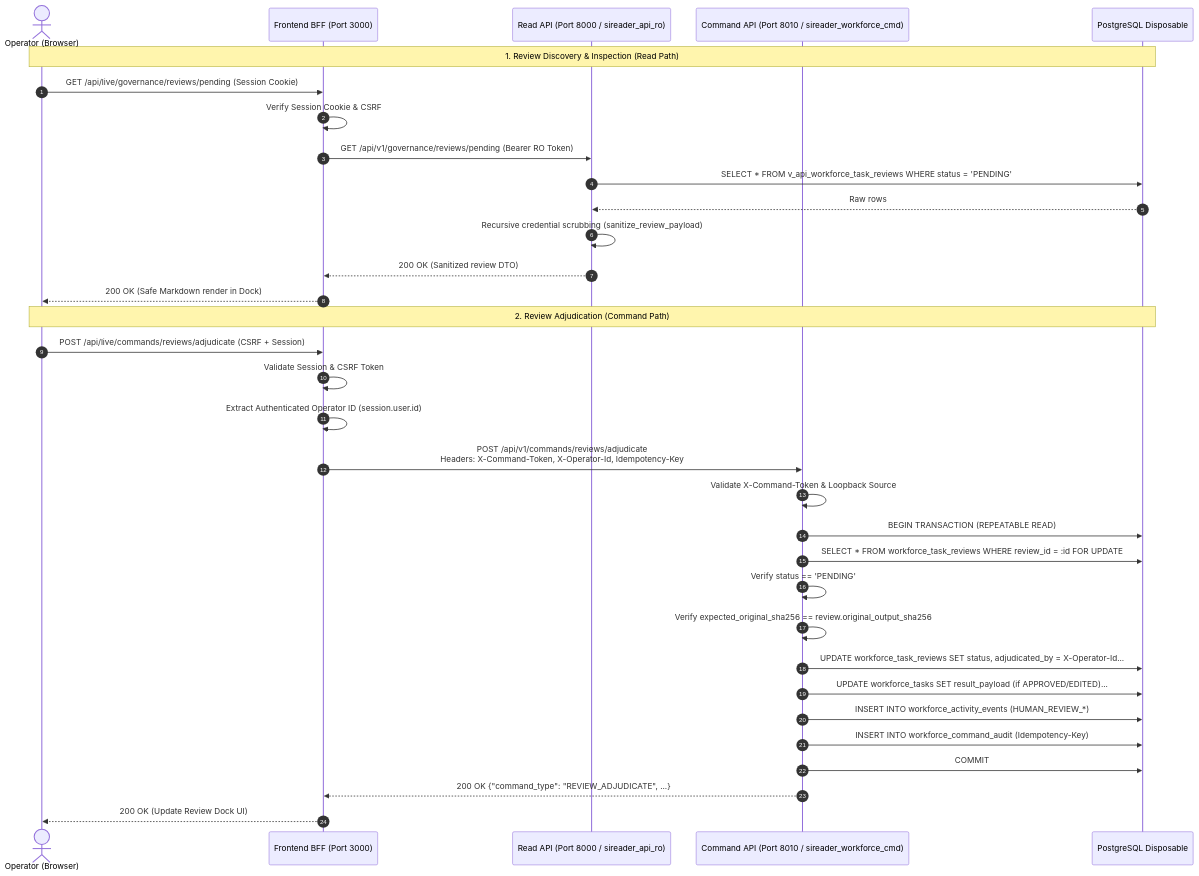
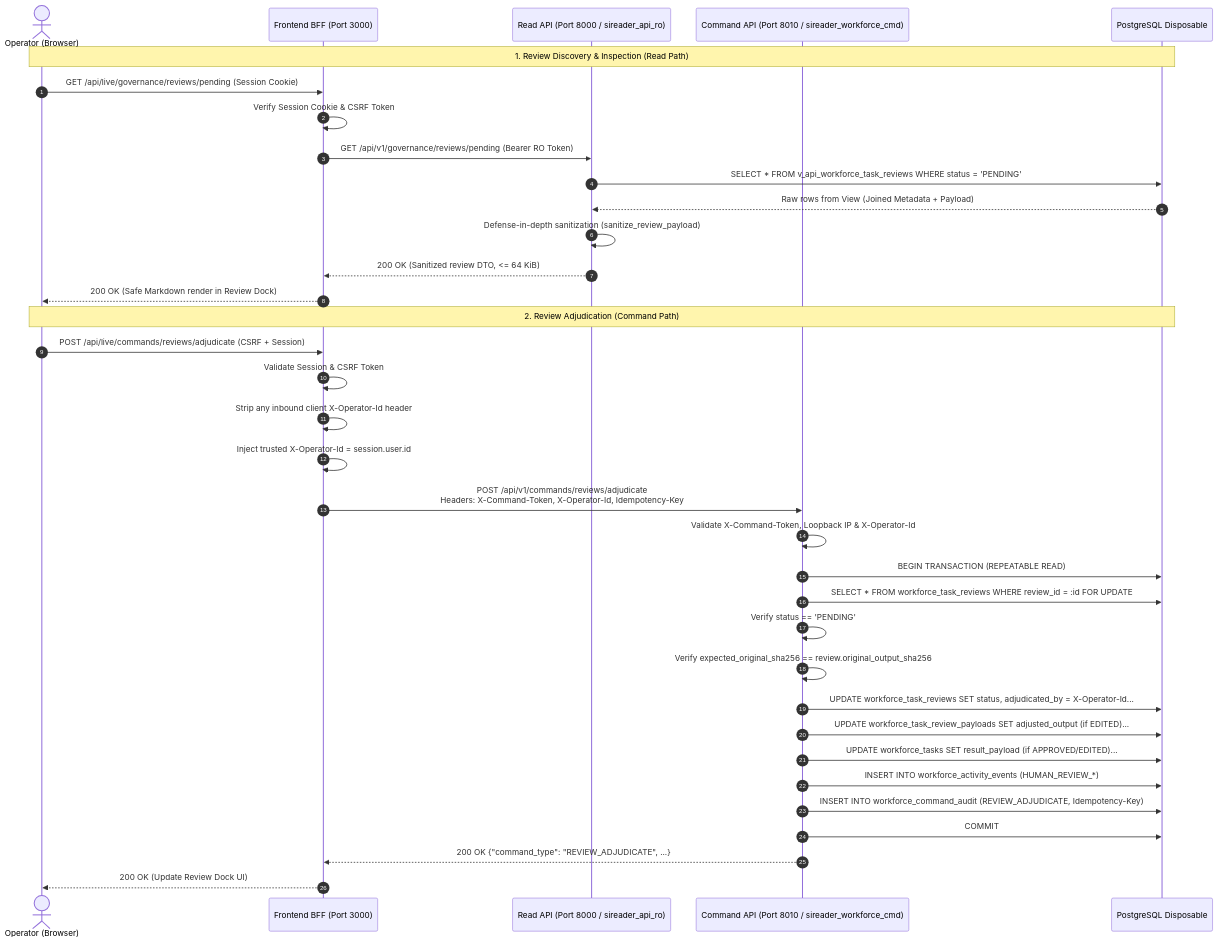
Before and after one commit to awandhani22-boop/SIREADER: the diagram in docs/PHASE_5_2_2_ARCHITECTURE_PROPOSAL.md, drawn with Mermaid. The commit also changed other lines of this file, not shown here.

Commit message:
docs: finalize Checkpoint 5.2.2-A architecture proposal Revision 1.1.1

````diff
--- a/docs/PHASE_5_2_2_ARCHITECTURE_PROPOSAL.md
+++ b/docs/PHASE_5_2_2_ARCHITECTURE_PROPOSAL.md
@@ -149,37 +208,39 @@
 ```mermaid
 sequenceDiagram
     autonumber
     actor Operator as Operator (Browser)
     participant BFF as Frontend BFF (Port 3000)
     participant ReadAPI as Read API (Port 8000 / sireader_api_ro)
     participant CmdAPI as Command API (Port 8010 / sireader_workforce_cmd)
     participant DB as PostgreSQL Disposable
 
     Note over Operator,DB: 1. Review Discovery & Inspection (Read Path)
     Operator->>BFF: GET /api/live/governance/reviews/pending (Session Cookie)
-    BFF->>BFF: Verify Session Cookie & CSRF
+    BFF->>BFF: Verify Session Cookie & CSRF Token
     BFF->>ReadAPI: GET /api/v1/governance/reviews/pending (Bearer RO Token)
     ReadAPI->>DB: SELECT * FROM v_api_workforce_task_reviews WHERE status = 'PENDING'
-    DB-->>ReadAPI: Raw rows
-    ReadAPI->>ReadAPI: Recursive credential scrubbing (sanitize_review_payload)
-    ReadAPI-->>BFF: 200 OK (Sanitized review DTO)
-    BFF-->>Operator: 200 OK (Safe Markdown render in Dock)
+    DB-->>ReadAPI: Raw rows from View (Joined Metadata + Payload)
+    ReadAPI->>ReadAPI: Defense-in-depth sanitization (sanitize_review_payload)
+    ReadAPI-->>BFF: 200 OK (Sanitized review DTO, <= 64 KiB)
+    BFF-->>Operator: 200 OK (Safe Markdown render in Review Dock)
 
     Note over Operator,DB: 2. Review Adjudication (Command Path)
     Operator->>BFF: POST /api/live/commands/reviews/adjudicate (CSRF + Session)
     BFF->>BFF: Validate Session & CSRF Token
-    BFF->>BFF: Extract Authenticated Operator ID (session.user.id)
+    BFF->>BFF: Strip any inbound client X-Operator-Id header
+    BFF->>BFF: Inject trusted X-Operator-Id = session.user.id
     BFF->>CmdAPI: POST /api/v1/commands/reviews/adjudicate<br/>Headers: X-Command-Token, X-Operator-Id, Idempotency-Key
-    CmdAPI->>CmdAPI: Validate X-Command-Token & Loopback Source
+    CmdAPI->>CmdAPI: Validate X-Command-Token, Loopback IP & X-Operator-Id
     CmdAPI->>DB: BEGIN TRANSACTION (REPEATABLE READ)
     CmdAPI->>DB: SELECT * FROM workforce_task_reviews WHERE review_id = :id FOR UPDATE
     CmdAPI->>CmdAPI: Verify status == 'PENDING'
     CmdAPI->>CmdAPI: Verify expected_original_sha256 == review.original_output_sha256
     CmdAPI->>DB: UPDATE workforce_task_reviews SET status, adjudicated_by = X-Operator-Id...
+    CmdAPI->>DB: UPDATE workforce_task_review_payloads SET adjusted_output (if EDITED)...
     CmdAPI->>DB: UPDATE workforce_tasks SET result_payload (if APPROVED/EDITED)...
     CmdAPI->>DB: INSERT INTO workforce_activity_events (HUMAN_REVIEW_*)
-    CmdAPI->>DB: INSERT INTO workforce_command_audit (Idempotency-Key)
+    CmdAPI->>DB: INSERT INTO workforce_command_audit (REVIEW_ADJUDICATE, Idempotency-Key)
     CmdAPI->>DB: COMMIT
     CmdAPI-->>BFF: 200 OK {"command_type": "REVIEW_ADJUDICATE", ...}
     BFF-->>Operator: 200 OK (Update Review Dock UI)
 ```
````
